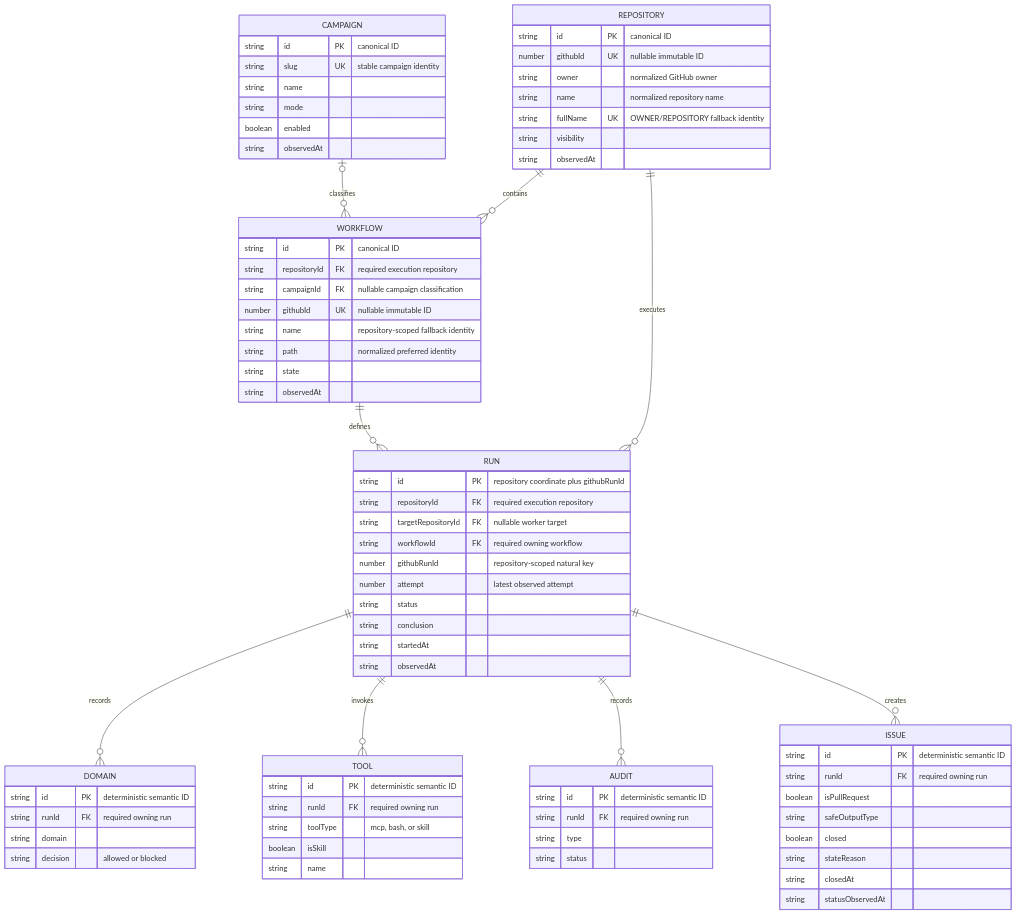
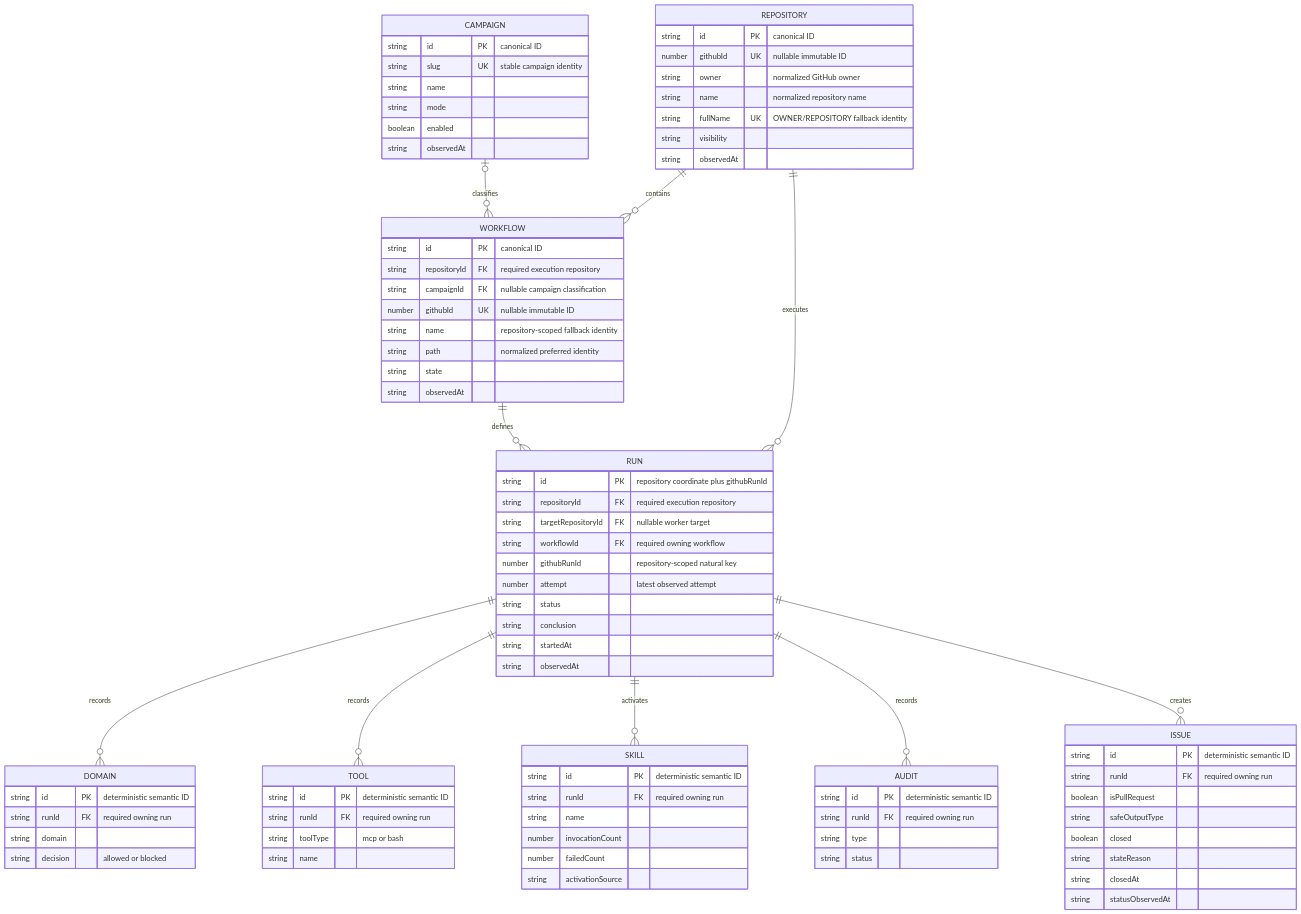
The second of 2 diagrams in specs/dashboard-data.md (githubnext/gh-aw-cao), drawn with Mermaid before and after one commit. The commit also changed other lines of this file and 24 other files, not shown here.

```diff
--- a/specs/dashboard-data.md
+++ b/specs/dashboard-data.md
@@ -985,7 +1000,8 @@
   REPOSITORY ||--o{ RUN : executes
   WORKFLOW ||--o{ RUN : defines
   RUN ||--o{ DOMAIN : records
-  RUN ||--o{ TOOL : invokes
+  RUN ||--o{ TOOL : records
+  RUN ||--o{ SKILL : activates
   RUN ||--o{ AUDIT : records
   RUN ||--o{ ISSUE : creates
 
@@ -1037,9 +1053,16 @@
   TOOL {
     string id PK "deterministic semantic ID"
     string runId FK "required owning run"
-    string toolType "mcp, bash, or skill"
-    boolean isSkill
+    string toolType "mcp or bash"
     string name
+  }
+  SKILL {
+    string id PK "deterministic semantic ID"
+    string runId FK "required owning run"
+    string name
+    number invocationCount
+    number failedCount
+    string activationSource
   }
   AUDIT {
     string id PK "deterministic semantic ID"
```
